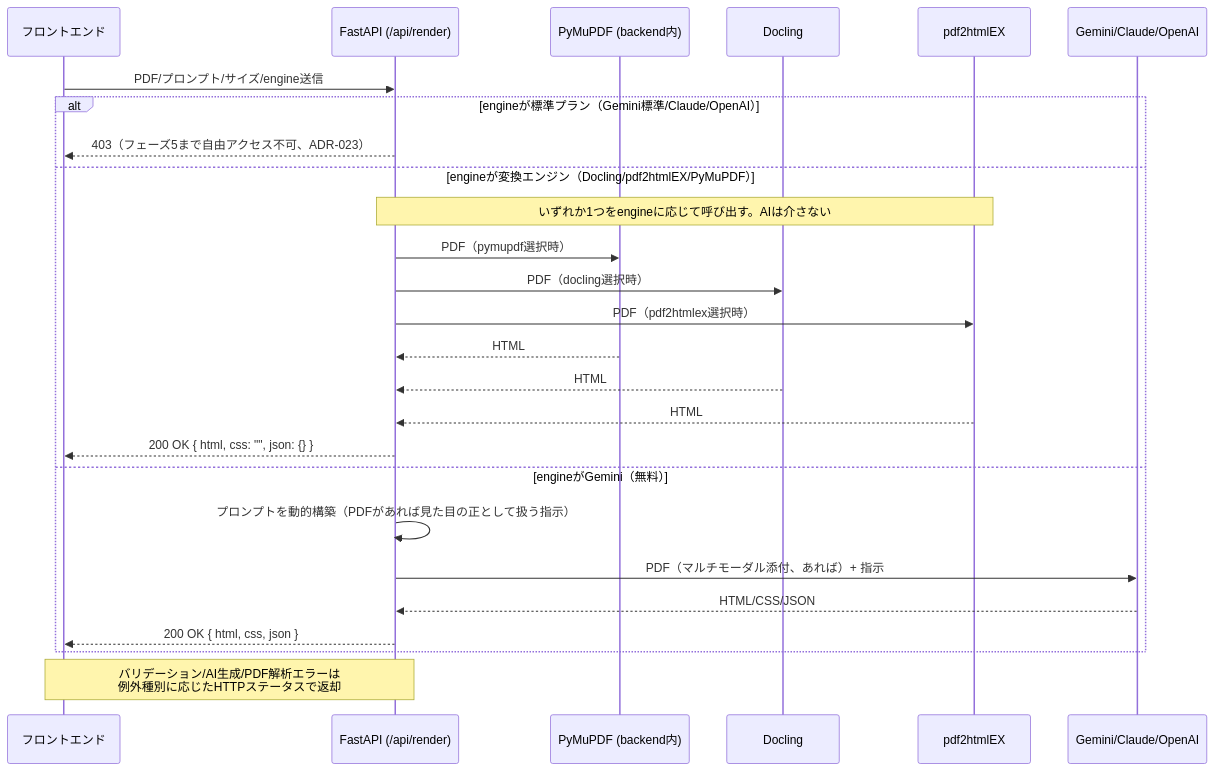
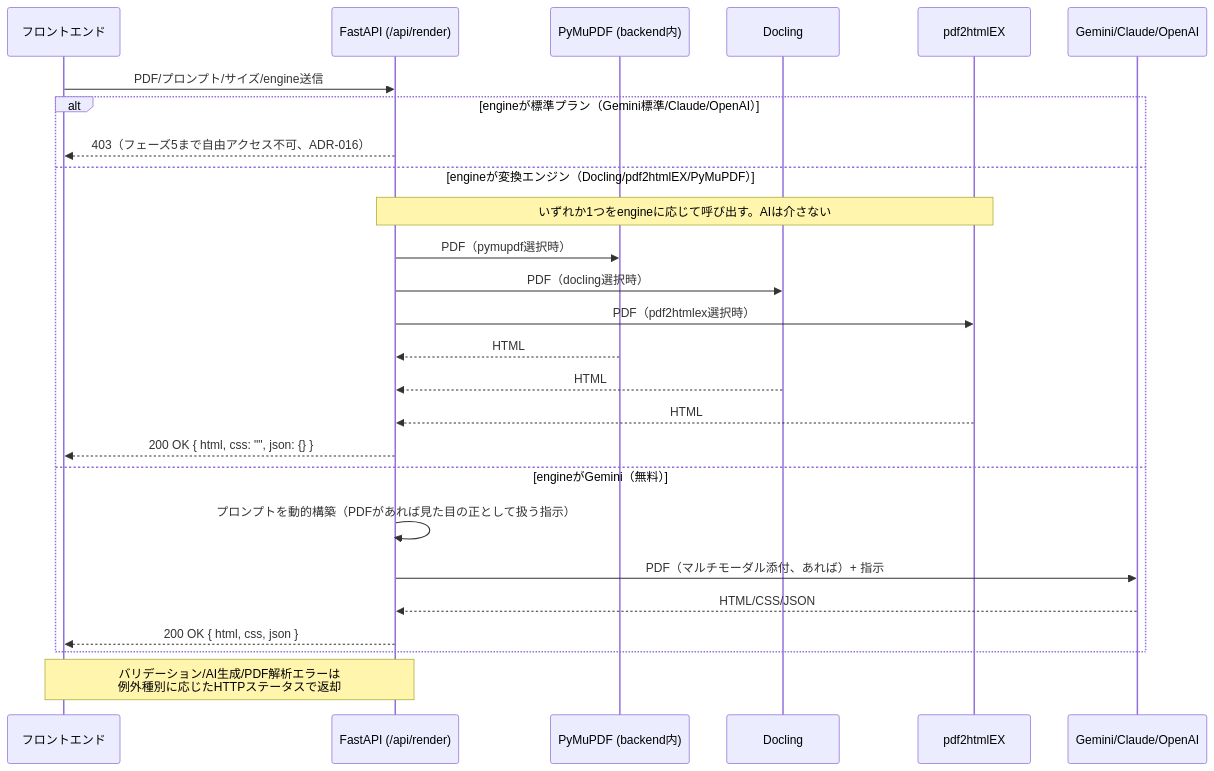
Before and after one commit to EisukeHishikawa/adapt-sheet: the second of 4 diagrams in docs/architecture.md, drawn with Mermaid. The commit also changed other lines of this file and 53 other files, not shown here.

````diff
--- a/docs/architecture.md
+++ b/docs/architecture.md
@@ -52,29 +50,29 @@
 ```mermaid
 sequenceDiagram
     participant FE as フロントエンド
     participant API as FastAPI (/api/render)
     participant Layout as PyMuPDF (backend内)
     participant Docling as Docling
     participant Pdf2HtmlEx as pdf2htmlEX
     participant AI as Gemini/Claude/OpenAI
 
     FE->>API: PDF/プロンプト/サイズ/engine送信
     alt engineが標準プラン（Gemini標準/Claude/OpenAI）
-        API-->>FE: 403（フェーズ5まで自由アクセス不可、ADR-023）
+        API-->>FE: 403（フェーズ5まで自由アクセス不可、ADR-016）
     else engineが変換エンジン（Docling/pdf2htmlEX/PyMuPDF）
         Note over API,Pdf2HtmlEx: いずれか1つをengineに応じて呼び出す。AIは介さない
         API->>Layout: PDF（pymupdf選択時）
         API->>Docling: PDF（docling選択時）
         API->>Pdf2HtmlEx: PDF（pdf2htmlex選択時）
         Layout-->>API: HTML
         Docling-->>API: HTML
         Pdf2HtmlEx-->>API: HTML
         API-->>FE: 200 OK { html, css: "", json: {} }
     else engineがGemini（無料）
         API->>API: プロンプトを動的構築（PDFがあれば見た目の正として扱う指示）
         API->>AI: PDF（マルチモーダル添付、あれば）+ 指示
         AI-->>API: HTML/CSS/JSON
         API-->>FE: 200 OK { html, css, json }
     end
     Note over API,FE: バリデーション/AI生成/PDF解析エラーは<br/>例外種別に応じたHTTPステータスで返却
 ```
````
